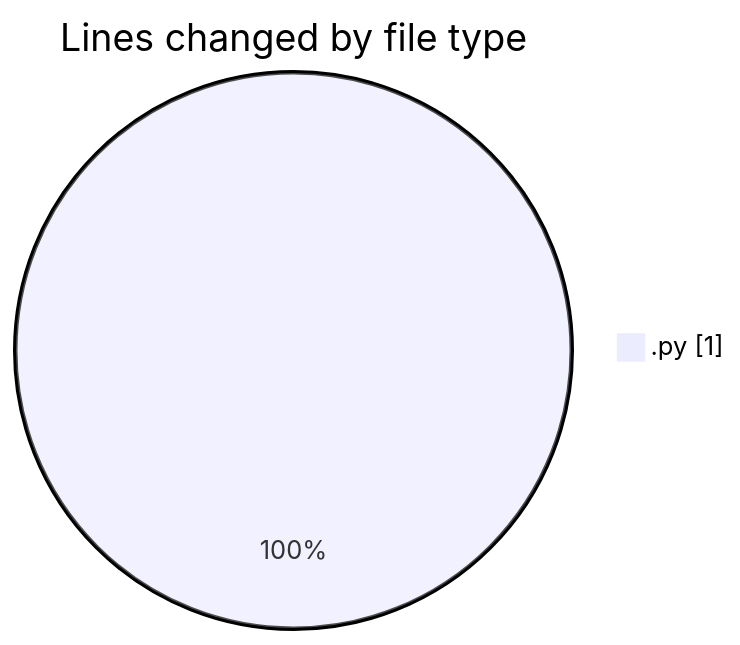
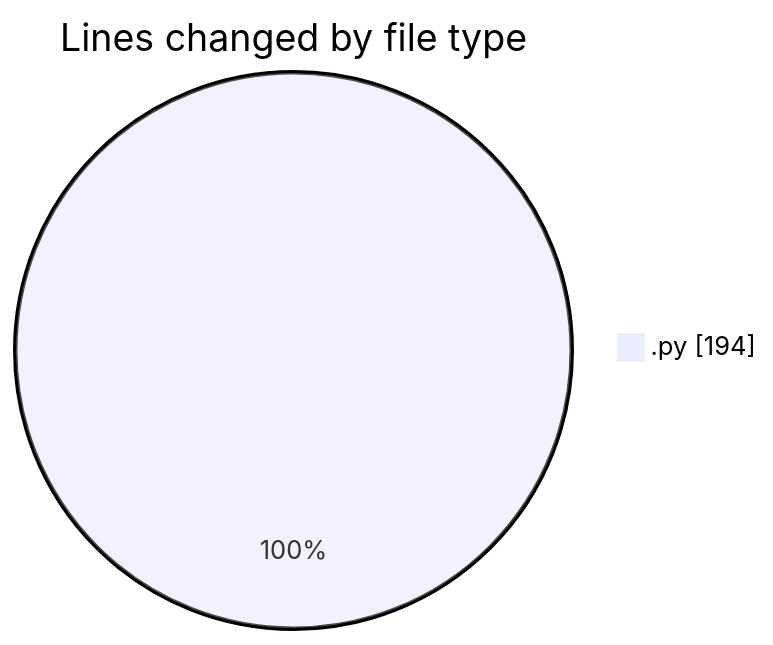
The first of 2 diagrams in 2025-07-13/cursor/README.md (FelipKnott/code-tracking), drawn with Mermaid before and after one commit. The commit also changed other lines of this file and 1 other file, not shown here.

````diff
--- a/2025-07-13/cursor/README.md
+++ b/2025-07-13/cursor/README.md
@@ -20,5 +21,5 @@
 ```mermaid
 pie showData
 title Lines changed by file type
-".py" : 1
+".py" : 194
 ```
````
